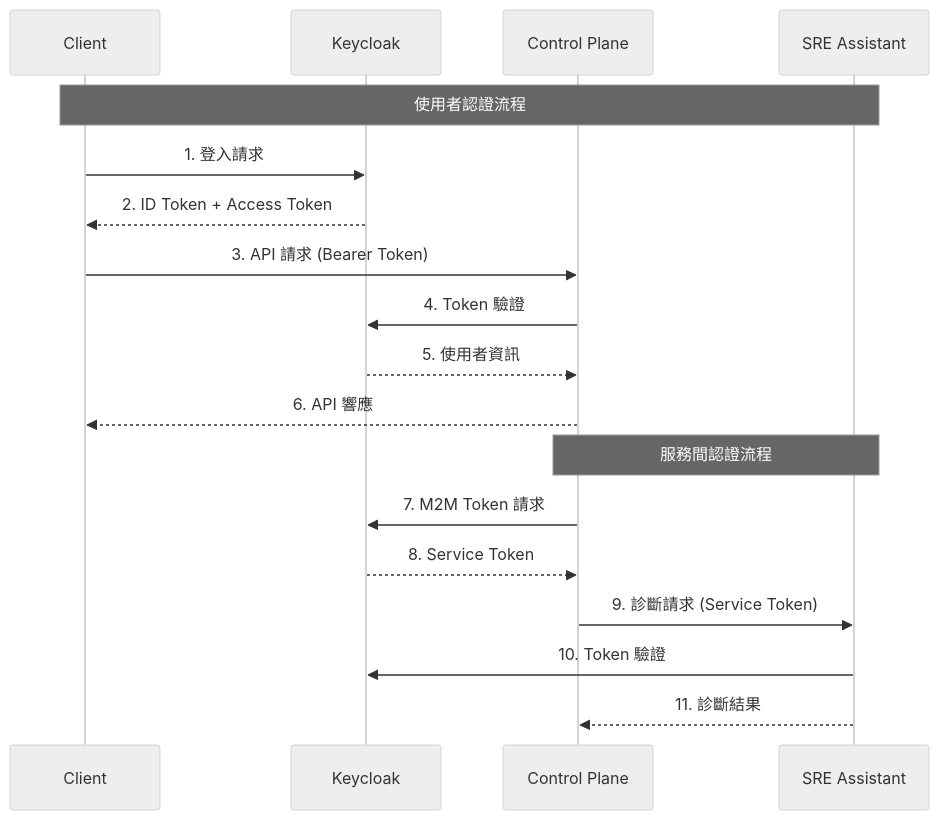
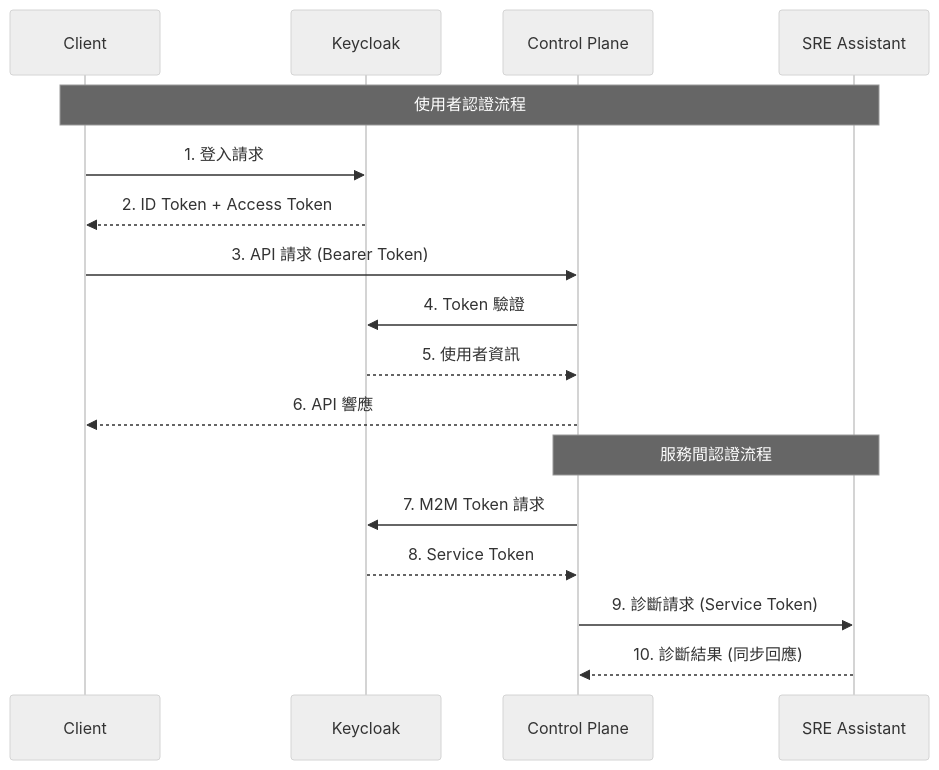
One commit to detectviz/ai-ops changed the second of 2 diagrams in docs/API_DOCS.md. Above: the diagram before and after it, drawn with Mermaid (neutral theme). The commit also changed other lines of this file and 7 other files, not shown here.

````diff
--- a/docs/API_DOCS.md
+++ b/docs/API_DOCS.md
@@ -68,22 +75,21 @@
 ```mermaid
 sequenceDiagram
     participant C as Client
     participant KC as Keycloak
     participant CP as Control Plane
     participant SA as SRE Assistant
     
     Note over C,SA: 使用者認證流程
     C->>KC: 1. 登入請求
     KC-->>C: 2. ID Token + Access Token
     C->>CP: 3. API 請求 (Bearer Token)
     CP->>KC: 4. Token 驗證
     KC-->>CP: 5. 使用者資訊
     CP-->>C: 6. API 響應
     
     Note over CP,SA: 服務間認證流程
     CP->>KC: 7. M2M Token 請求
     KC-->>CP: 8. Service Token
     CP->>SA: 9. 診斷請求 (Service Token)
-    SA->>KC: 10. Token 驗證
-    SA-->>CP: 11. 診斷結果
+    SA-->>CP: 10. 診斷結果 (同步回應)
 ```
````
